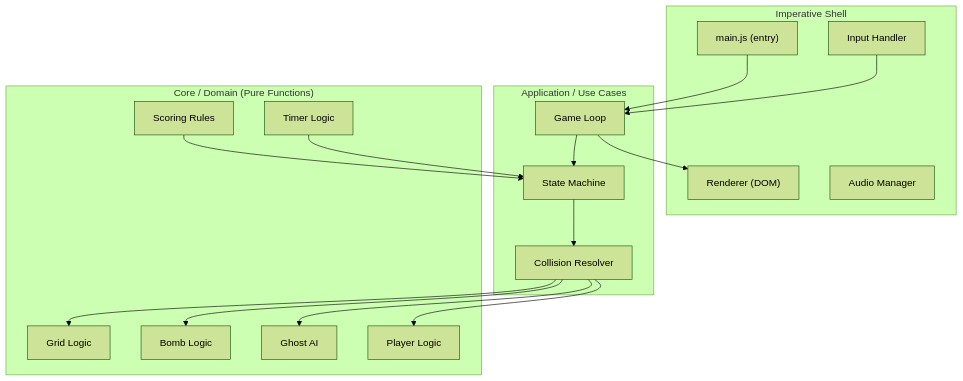
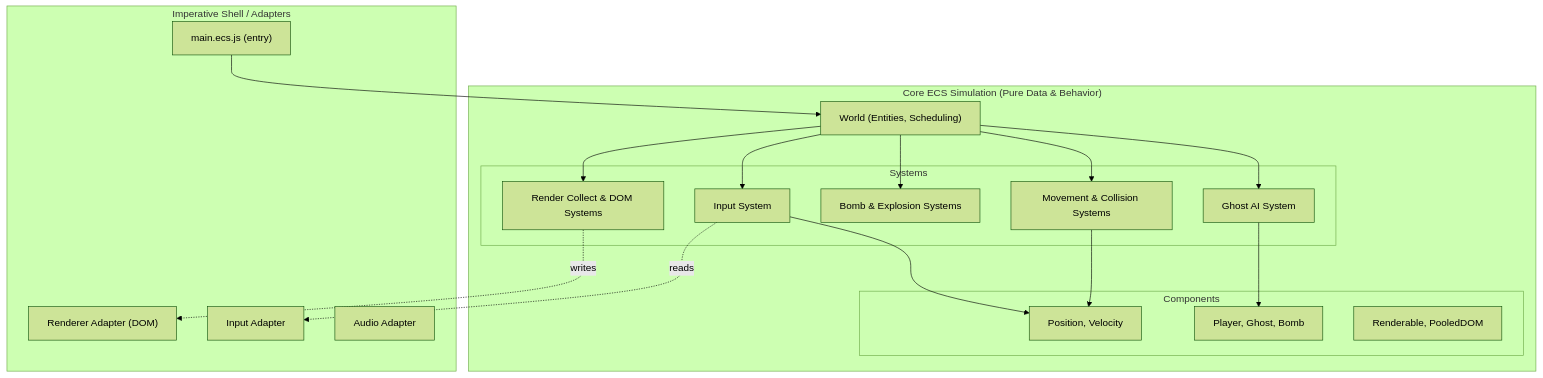
Before and after one commit to ertval/make-your-game: the first of 2 diagrams in docs/implementation-plan.md, drawn with Mermaid (forest theme). The commit also changed other lines of this file and 5 other files, not shown here.

````diff
--- a/docs/implementation-plan.md
+++ b/docs/implementation-plan.md
@@ -28,36 +30,41 @@
 ```mermaid
 graph TB
-    subgraph "Imperative Shell"
-        MAIN["main.js (entry)"]
-        RENDERER["Renderer (DOM)"]
-        INPUT["Input Handler"]
-        AUDIO["Audio Manager"]
+    subgraph "Imperative Shell / Adapters"
+        MAIN["main.ecs.js (entry)"]
+        RENDERER["Renderer Adapter (DOM)"]
+        INPUT["Input Adapter"]
+        AUDIO["Audio Adapter"]
     end
 
-    subgraph "Application / Use Cases"
-        LOOP["Game Loop"]
-        STATE["State Machine"]
-        COLLISIONS["Collision Resolver"]
+    subgraph "Core ECS Simulation (Pure Data & Behavior)"
+        WORLD["World (Entities, Scheduling)"]
+        
+        subgraph "Systems"
+            SYS_INPUT["Input System"]
+            SYS_MOVE["Movement & Collision Systems"]
+            SYS_BOMB["Bomb & Explosion Systems"]
+            SYS_AI["Ghost AI System"]
+            SYS_RENDER["Render Collect & DOM Systems"]
+        end
+        
+        subgraph "Components"
+            COMP_POS["Position, Velocity"]
+            COMP_ACT["Player, Ghost, Bomb"]
+            COMP_REN["Renderable, PooledDOM"]
+        end
     end
 
-    subgraph "Core / Domain (Pure Functions)"
-        GRID["Grid Logic"]
-        BOMB["Bomb Logic"]
-        GHOST["Ghost AI"]
-        PLAYER["Player Logic"]
-        SCORING["Scoring Rules"]
-        TIMER["Timer Logic"]
-    end
-
-    MAIN --> LOOP
-    LOOP --> STATE
-    STATE --> COLLISIONS
-    COLLISIONS --> GRID
-    COLLISIONS --> BOMB
-    COLLISIONS --> GHOST
-    COLLISIONS --> PLAYER
-    LOOP --> RENDERER
-    INPUT --> LOOP
-    SCORING --> STATE
-    TIMER --> STATE
+    MAIN --> WORLD
+    WORLD --> SYS_INPUT
+    WORLD --> SYS_AI
+    WORLD --> SYS_MOVE
+    WORLD --> SYS_BOMB
+    WORLD --> SYS_RENDER
+    
+    SYS_INPUT -. reads .-> INPUT
+    SYS_RENDER -. writes .-> RENDERER
+    
+    SYS_INPUT --> COMP_POS
+    SYS_MOVE --> COMP_POS
+    SYS_AI --> COMP_ACT
 ```
````
